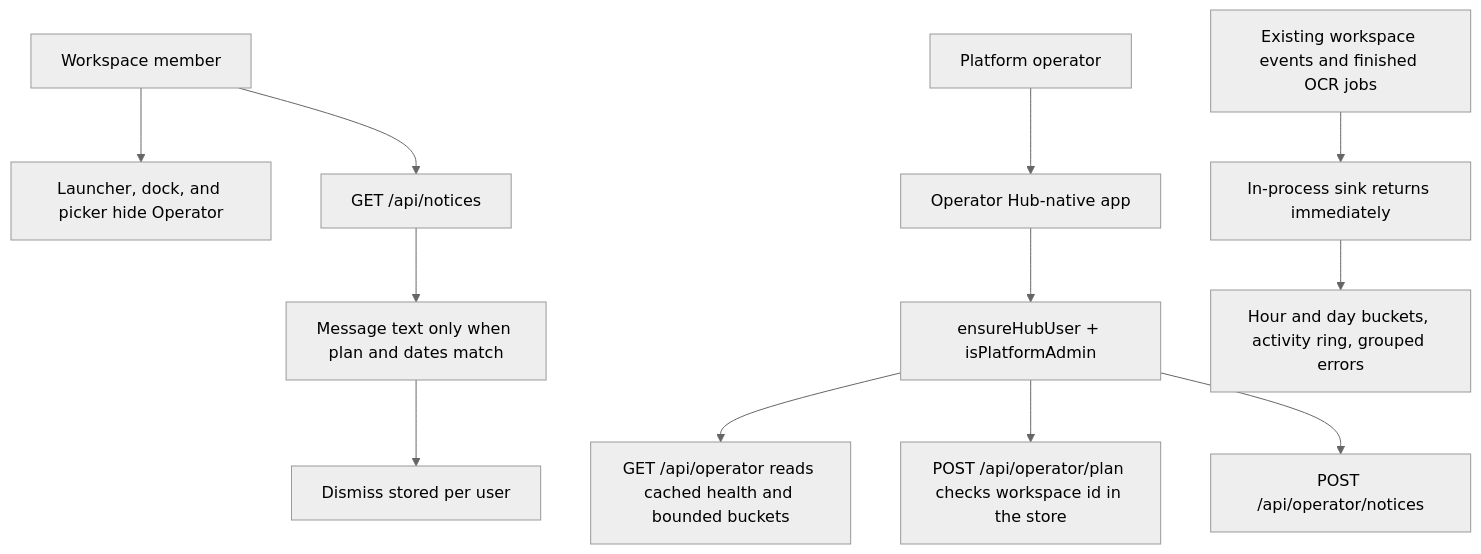
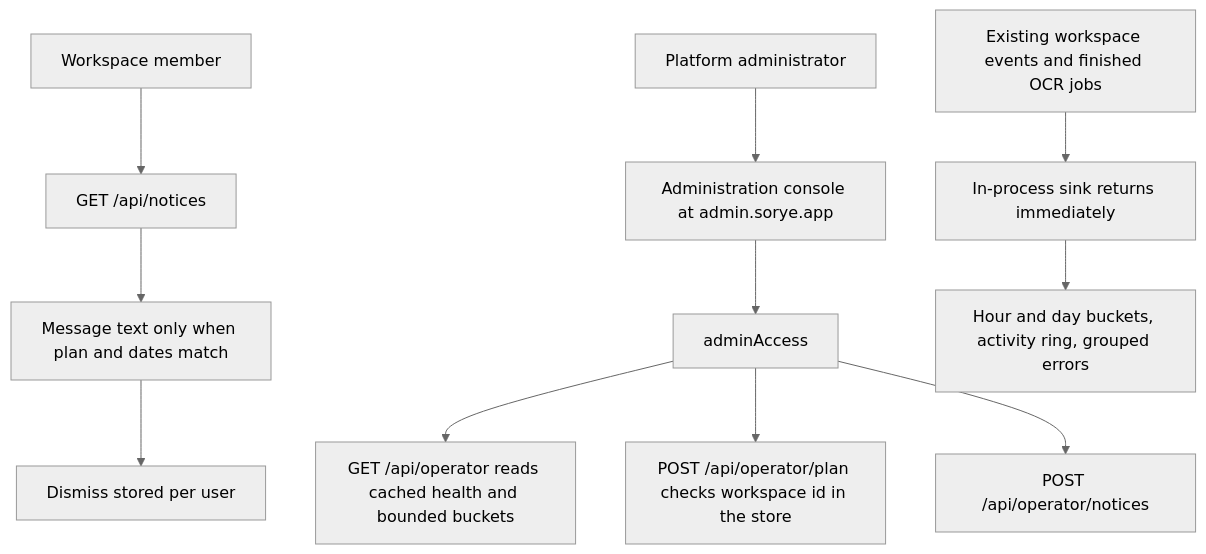
Before and after one commit to Adam-Szitas/sorye: the ninth of 10 diagrams in docs/APP-BEHAVIOR-TREE.md, drawn with Mermaid (neutral theme). The commit also changed other lines of this file and 84 other files, not shown here.

````diff
--- a/docs/APP-BEHAVIOR-TREE.md
+++ b/docs/APP-BEHAVIOR-TREE.md
@@ -245,15 +272,14 @@
 ```mermaid
 flowchart TD
-    Member[Workspace member] --> Hidden[Launcher, dock, and picker hide Operator]
-    Member --> Banner[GET /api/notices]
+    Member[Workspace member] --> Banner[GET /api/notices]
     Banner --> Text[Message text only when plan and dates match]
     Text --> Dismiss[Dismiss stored per user]
 
-    Admin[Platform operator] --> App[Operator Hub-native app]
-    App --> Gate[ensureHubUser + isPlatformAdmin]
+    Admin[Platform administrator] --> Console[Administration console at admin.sorye.app]
+    Console --> Gate[adminAccess]
     Gate --> Read[GET /api/operator reads cached health and bounded buckets]
     Gate --> Plan[POST /api/operator/plan checks workspace id in the store]
     Gate --> Compose[POST /api/operator/notices]
     Events[Existing workspace events and finished OCR jobs] --> Sink[In-process sink returns immediately]
     Sink --> Buckets[Hour and day buckets, activity ring, grouped errors]
 ```
````
